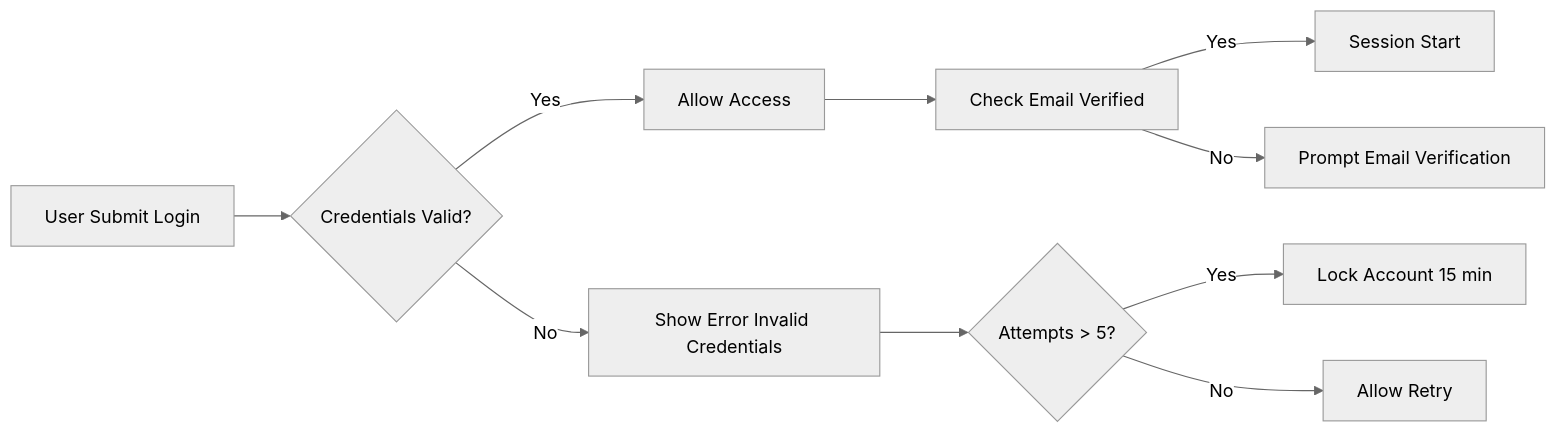
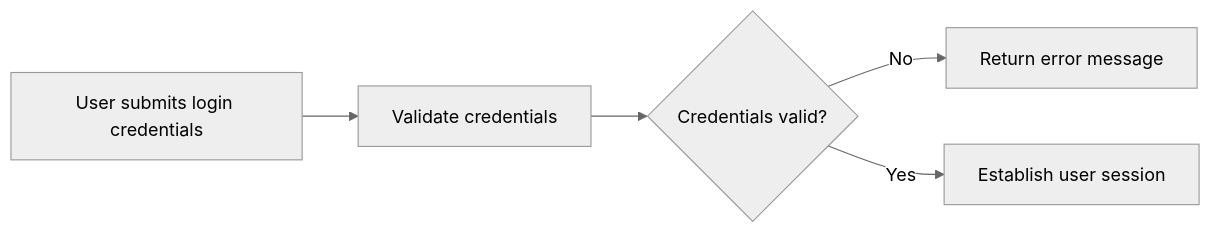
One commit to wrtnlabs/autobe-examples changed the first of 2 diagrams in openai/gpt-4.1-mini/reddit/docs/analysis/06-error-handling.md. Above: the diagram before and after it, drawn with Mermaid (neutral theme). The commit also changed other lines of this file and 16146 other files, not shown here.

````diff
--- a/openai/gpt-4.1-mini/reddit/docs/analysis/06-error-handling.md
+++ b/openai/gpt-4.1-mini/reddit/docs/analysis/06-error-handling.md
@@ -80,12 +49,7 @@
 ```mermaid
 graph LR
-  A["User Submit Login"] --> B{"Credentials Valid?"}
-  B -->|"Yes"| C["Allow Access"]
-  B -->|"No"| D["Show Error Invalid Credentials"]
-  D --> E{"Attempts > 5?"}
-  E -->|"Yes"| F["Lock Account 15 min"]
-  E -->|"No"| G["Allow Retry"]
-  C --> H["Check Email Verified"]
-  H -->|"Yes"| I["Session Start"]
-  H -->|"No"| J["Prompt Email Verification"]
+  A["User submits login credentials"] --> B["Validate credentials"]
+  B --> C{"Credentials valid?"}
+  C -->|"No"| D["Return error message"]
+  C -->|"Yes"| E["Establish user session"]
 ```
````
